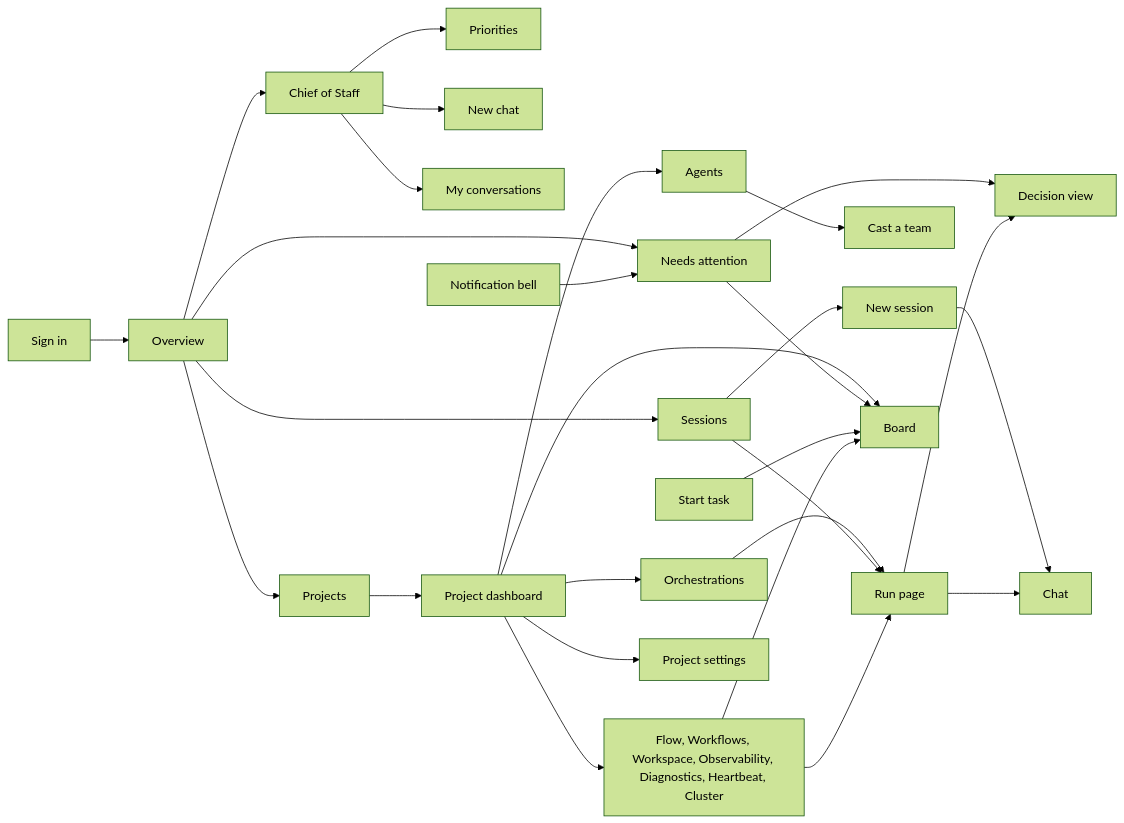
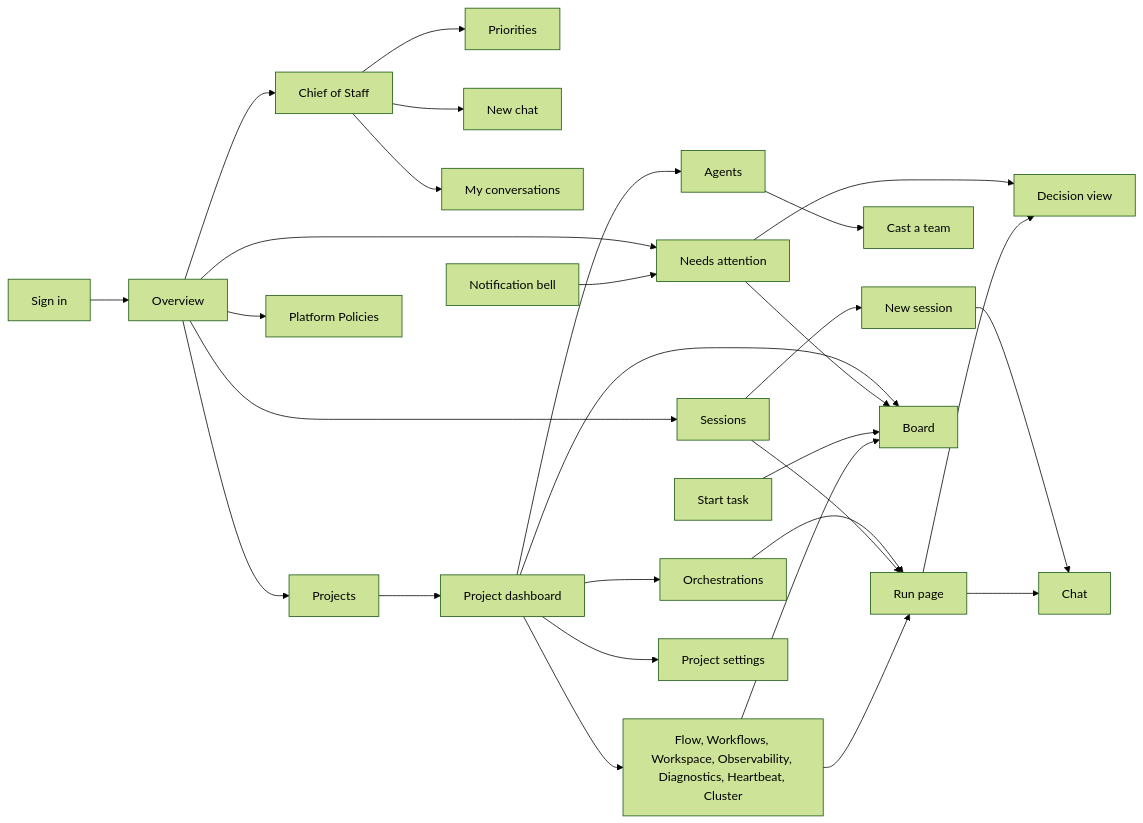
Before and after one commit to sabbour/agentweaver: the diagram in docs/reference/web-ui-parity.md, drawn with Mermaid (forest theme). The commit also changed other lines of this file and 26 other files, not shown here.

````diff
--- a/docs/reference/web-ui-parity.md
+++ b/docs/reference/web-ui-parity.md
@@ -41,30 +41,31 @@
 ```mermaid
 flowchart LR
   signin[Sign in] --> overview[Overview]
   overview --> chief[Chief of Staff]
   chief --> priorities[Priorities]
   chief --> newchat[New chat]
   chief --> conversations[My conversations]
   overview --> projects[Projects]
+  overview --> policies[Platform Policies]
   overview --> sessions[Sessions]
   overview --> attention[Needs attention]
   bell[Notification bell] --> attention
   sessions --> newsession[New session]
   newsession --> chat[Chat]
   projects --> dashboard[Project dashboard]
   dashboard --> orch[Orchestrations]
   dashboard --> agents[Agents]
   agents --> cast[Cast a team]
   orch --> run[Run page]
   sessions --> run
   attention --> decision[Decision view]
   dashboard --> board[Board]
   attention --> board
   starttask[Start task] --> board
   run --> decision
   run --> chat
   dashboard --> ops[Flow, Workflows, Workspace, Observability, Diagnostics, Heartbeat, Cluster]
   ops --> run
   ops --> board
   dashboard --> settings[Project settings]
 ```
````
